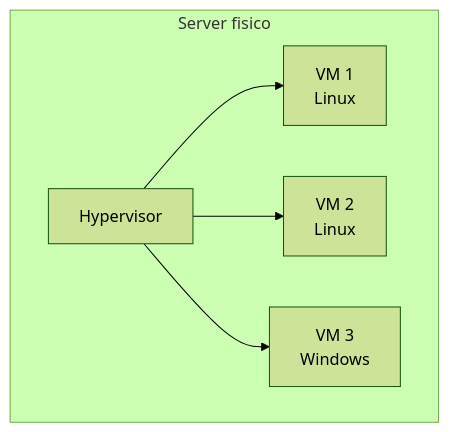
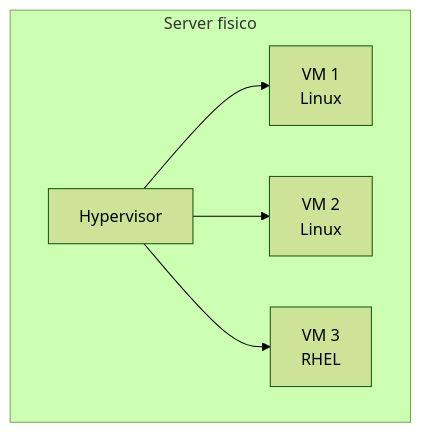
One commit to imredracoon/racoon-cloud-devops-academy changed the diagram in docs/fase-0/06-cloud-devops.md. Above: the diagram before and after it, drawn with Mermaid (forest theme). The commit also changed 22 other files, not shown here.

````diff
--- a/docs/fase-0/06-cloud-devops.md
+++ b/docs/fase-0/06-cloud-devops.md
@@ -22,9 +22,9 @@
 ```mermaid
 flowchart TB
   subgraph Server fisico
     H[Hypervisor]
     H --> V1[VM 1<br>Linux]
     H --> V2[VM 2<br>Linux]
-    H --> V3[VM 3<br>Windows]
+    H --> V3[VM 3<br>RHEL]
   end
 ```
````
